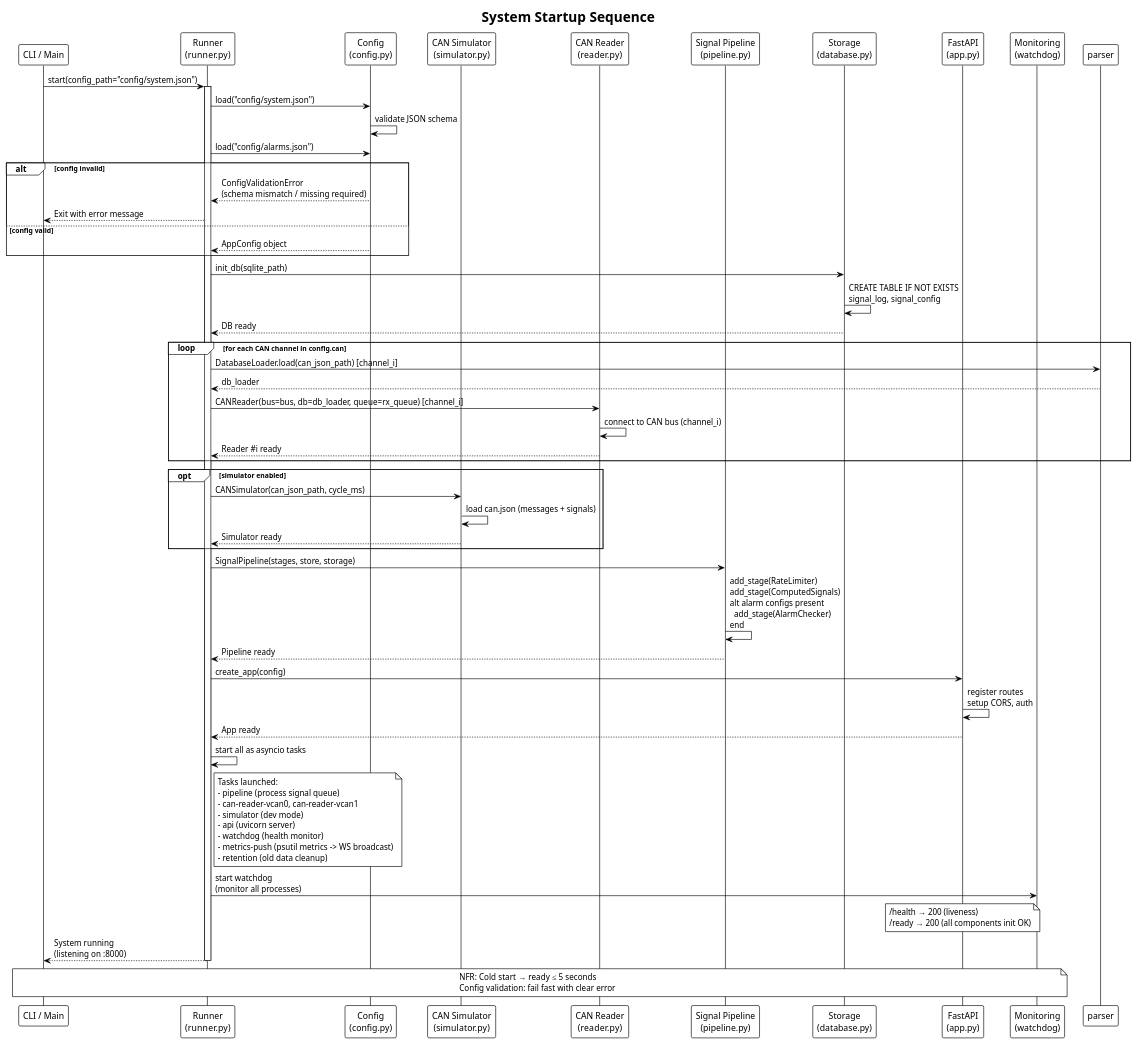
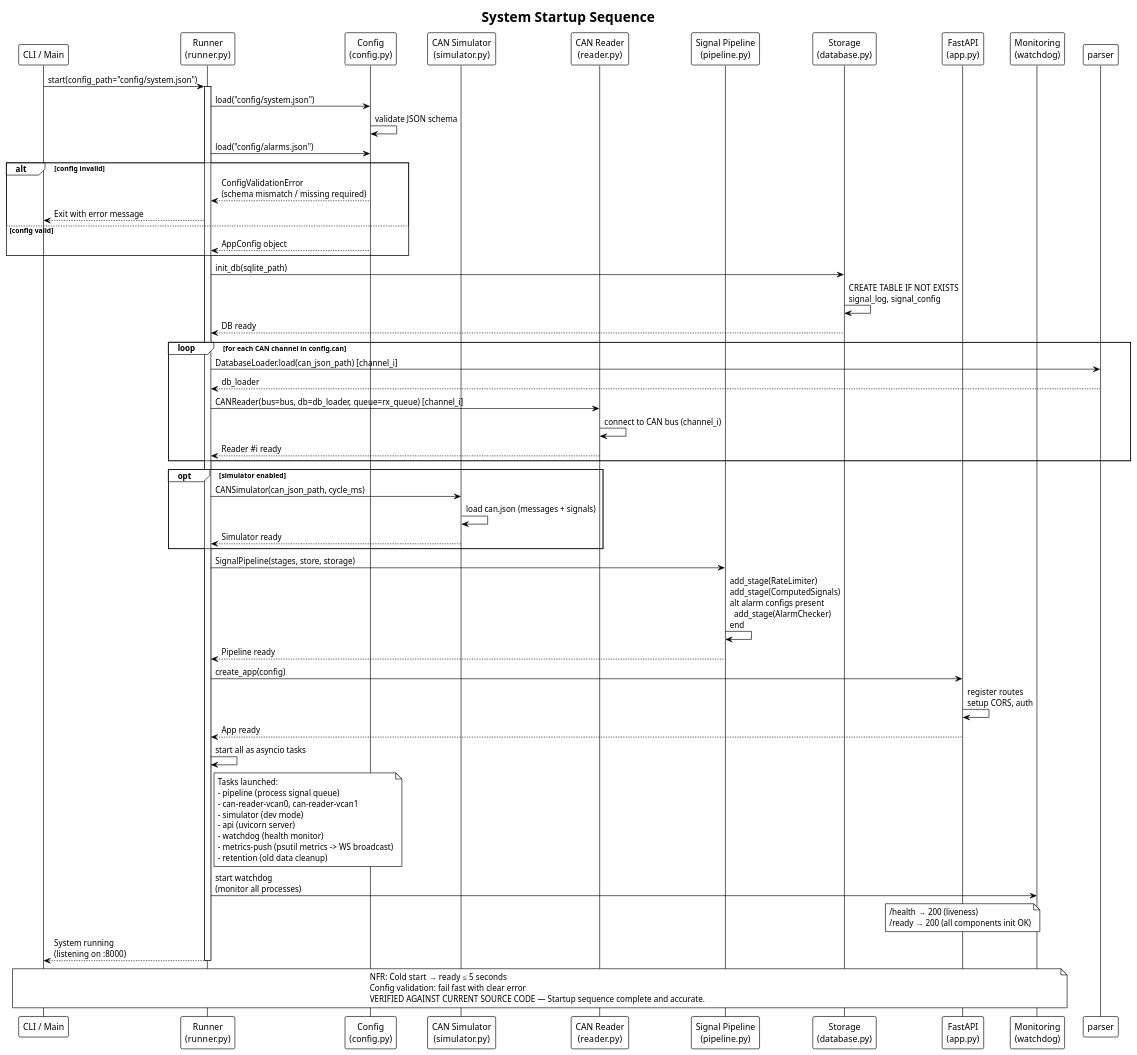
One commit to 3tdn/car-hmi changed the diagram in diagram/SDD/SDD_sequence_boot_startup.puml. Above: the diagram before and after it, drawn with PlantUML. The commit also changed 9 other files, not shown here.

Commit message:
update SAD and SDD sequence diagrams (part 2)

```diff
--- a/diagram/SDD/SDD_sequence_boot_startup.puml
+++ b/diagram/SDD/SDD_sequence_boot_startup.puml
@@ -1,77 +1,78 @@
 @startuml Sequence - System Startup
 !theme plain
 title System Startup Sequence
 
 participant "CLI / Main" as cli
 participant "Runner\n(runner.py)" as runner
 participant "Config\n(config.py)" as config
 participant "CAN Simulator\n(simulator.py)" as sim
 participant "CAN Reader\n(reader.py)" as reader
 participant "Signal Pipeline\n(pipeline.py)" as pipe
 participant "Storage\n(database.py)" as db
 participant "FastAPI\n(app.py)" as api
 participant "Monitoring\n(watchdog)" as mon
 
 cli -> runner : start(config_path="config/system.json")
 activate runner
 
 runner -> config : load("config/system.json")
 config -> config : validate JSON schema
 runner -> config : load("config/alarms.json")
 alt config invalid
     config --> runner : ConfigValidationError\n(schema mismatch / missing required)
     runner --> cli : Exit with error message
 else config valid
     config --> runner : AppConfig object
 end
 
 runner -> db : init_db(sqlite_path)
 db -> db : CREATE TABLE IF NOT EXISTS\nsignal_log, signal_config
 db --> runner : DB ready
 
 loop for each CAN channel in config.can
     runner -> parser : DatabaseLoader.load(can_json_path) [channel_i]
     parser --> runner : db_loader
     runner -> reader : CANReader(bus=bus, db=db_loader, queue=rx_queue) [channel_i]
     reader -> reader : connect to CAN bus (channel_i)
     reader --> runner : Reader #i ready
 end
 
 opt simulator enabled
     runner -> sim : CANSimulator(can_json_path, cycle_ms)
     sim -> sim : load can.json (messages + signals)
     sim --> runner : Simulator ready
 end
 
 runner -> pipe : SignalPipeline(stages, store, storage)
 pipe -> pipe : add_stage(RateLimiter)\nadd_stage(ComputedSignals)\nalt alarm configs present\n  add_stage(AlarmChecker)\nend
 pipe --> runner : Pipeline ready
 
 runner -> api : create_app(config)
 api -> api : register routes\nsetup CORS, auth
 api --> runner : App ready
 
 runner -> runner : start all as asyncio tasks
 note right of runner
   Tasks launched:
   - pipeline (process signal queue)
   - can-reader-vcan0, can-reader-vcan1
   - simulator (dev mode)
   - api (uvicorn server)
   - watchdog (health monitor)
   - metrics-push (psutil metrics -> WS broadcast)
   - retention (old data cleanup)
 end note
 runner -> mon : start watchdog\n(monitor all processes)
 
 note over api : /health → 200 (liveness)\n/ready → 200 (all components init OK)
 runner --> cli : System running\n(listening on :8000)
 
 note over cli, mon
   NFR: Cold start → ready ≤ 5 seconds
   Config validation: fail fast with clear error
+  VERIFIED AGAINST CURRENT SOURCE CODE — Startup sequence complete and accurate.
 end note
 
 deactivate runner
 
 @enduml
```
